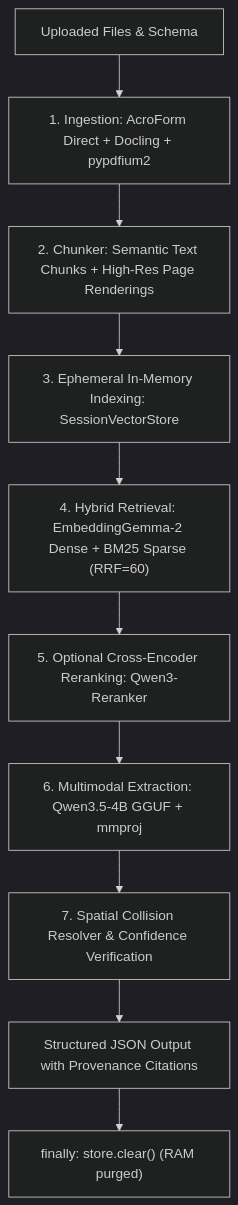
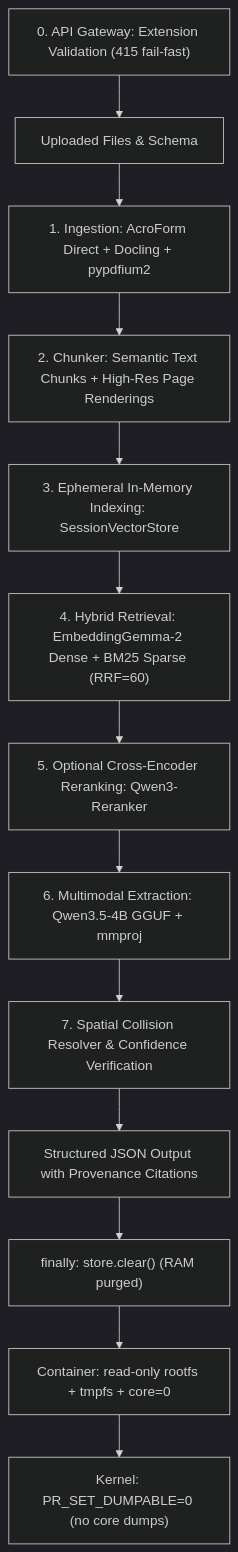
Before and after one commit to N4YuC4/DocNeedle: the diagram in README.md, drawn with Mermaid (dark theme). The commit also changed other lines of this file, not shown here.

````diff
--- a/README.md
+++ b/README.md
@@ -285,12 +287,15 @@
 ```mermaid
 flowchart TD
+    Z["0. API Gateway: Extension Validation (415 fail-fast)"] --> A
     A["Uploaded Files & Schema"] --> B["1. Ingestion: AcroForm Direct + Docling + pypdfium2"]
     B --> C["2. Chunker: Semantic Text Chunks + High-Res Page Renderings"]
     C --> D["3. Ephemeral In-Memory Indexing: SessionVectorStore"]
     D --> E["4. Hybrid Retrieval: EmbeddingGemma-2 Dense + BM25 Sparse (RRF=60)"]
     E --> F["5. Optional Cross-Encoder Reranking: Qwen3-Reranker"]
     F --> G["6. Multimodal Extraction: Qwen3.5-4B GGUF + mmproj"]
     G --> H["7. Spatial Collision Resolver & Confidence Verification"]
     H --> I["Structured JSON Output with Provenance Citations"]
     I --> J["finally: store.clear() (RAM purged)"]
+    J --> K["Container: read-only rootfs + tmpfs + core=0"]
+    K --> L["Kernel: PR_SET_DUMPABLE=0 (no core dumps)"]
 ```
````
